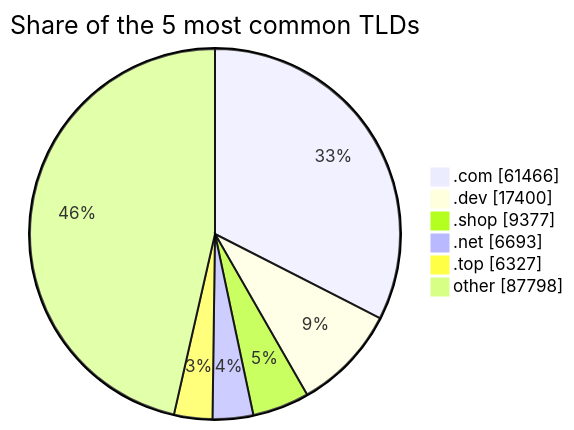
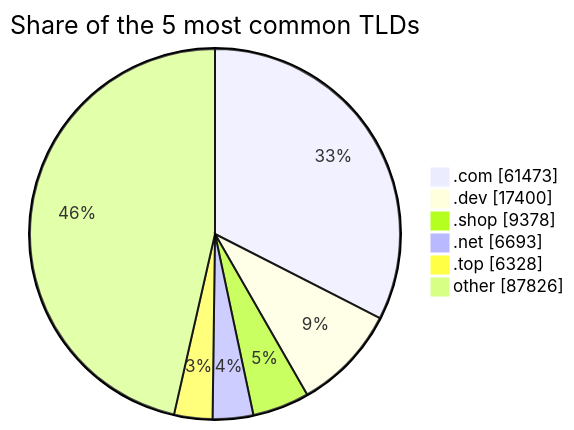
One commit to DNSBunker/CTI changed the third of 3 diagrams in README.md. Above: the diagram before and after it, drawn with Mermaid. The commit also changed other lines of this file and 3 other files, not shown here.

````diff
--- a/README.md
+++ b/README.md
@@ -81,9 +81,9 @@
 ```mermaid
 pie showData title Share of the 5 most common TLDs
-    ".com" : 61466
+    ".com" : 61473
     ".dev" : 17400
-    ".shop" : 9377
+    ".shop" : 9378
     ".net" : 6693
-    ".top" : 6327
-    "other" : 87798
+    ".top" : 6328
+    "other" : 87826
 ```
````
